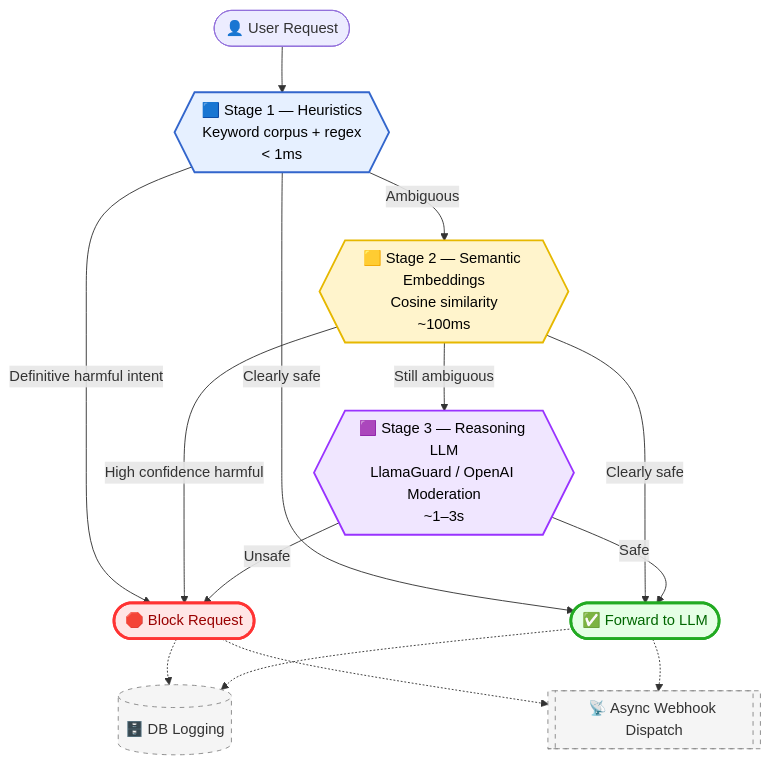
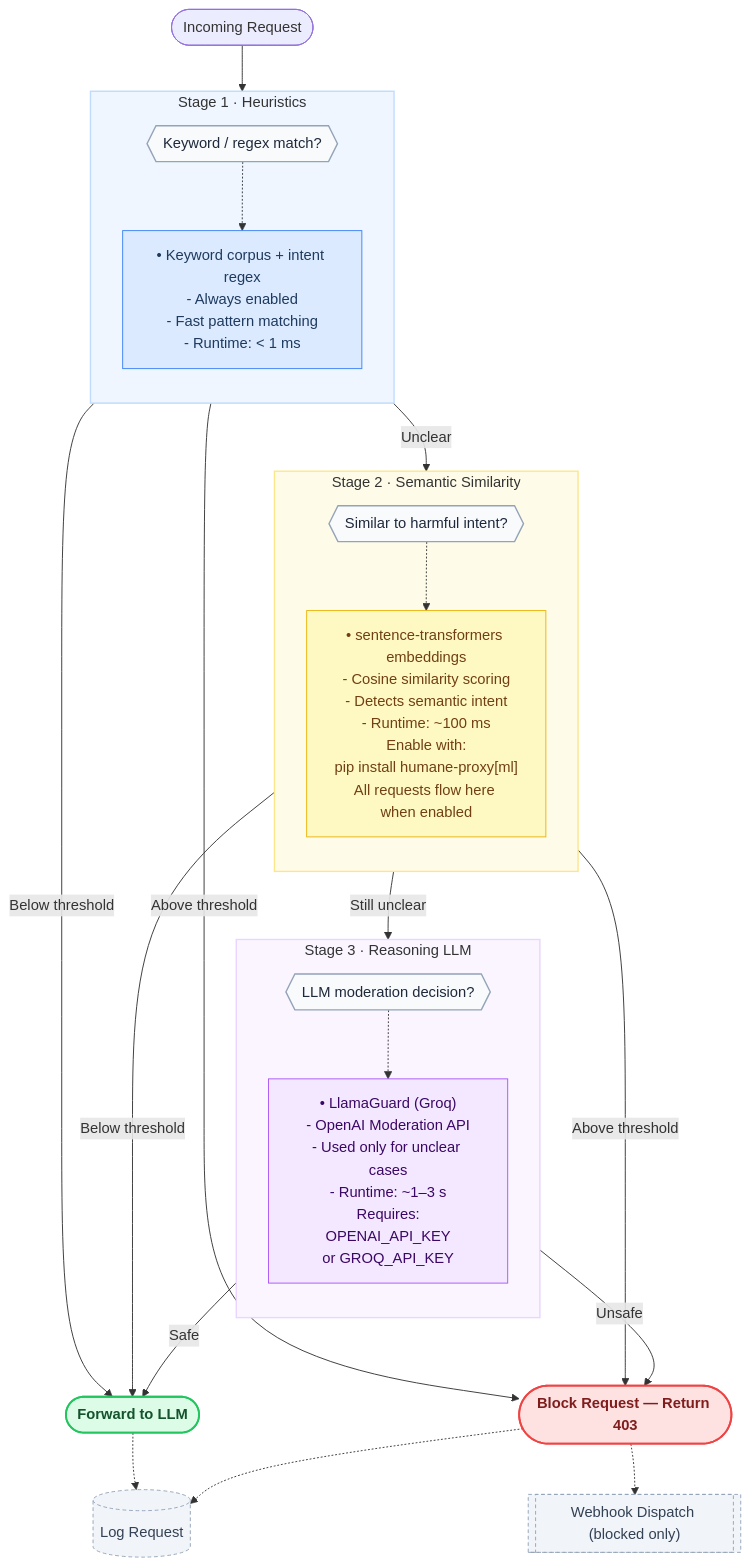
Before and after one commit to Vishisht16/Humane-Proxy: the second of 2 diagrams in README.md, drawn with Mermaid. The commit also changed other lines of this file, not shown here.

Commit message:
add Mermaid .js request flow architecture diagram

````diff
--- a/README.md
+++ b/README.md
@@ -130,43 +144,80 @@
 ```mermaid
 flowchart TD
-    A([👤 User Request])
-
-    A --> B{{🟦 Stage 1 — Heuristics<br/>Keyword corpus + regex<br/>< 1ms}}
-
-    B -->|Definitive harmful intent| X([🛑 Block Request])
-    B -->|Clearly safe| Y([✅ Forward to LLM])
-    B -->|Ambiguous| C{{🟨 Stage 2 — Semantic Embeddings<br/>Cosine similarity<br/>~100ms}}
-
-    C -->|High confidence harmful| X
-    C -->|Clearly safe| Y
-    C -->|Still ambiguous| D{{🟪 Stage 3 — Reasoning LLM<br/>LlamaGuard / OpenAI Moderation<br/>~1–3s}}
-
-    D -->|Unsafe| X
-    D -->|Safe| Y
-
-    %% Async Side Effects
-    X -.-> E[(🗄️ DB Logging)]
-    Y -.-> E
-
-    X -.-> F[[📡 Async Webhook Dispatch]]
-    Y -.-> F
-
-    %% Styles
-    classDef stage1 fill:#e6f0ff,stroke:#3366cc,stroke-width:2px,color:#000;
-    classDef stage2 fill:#fff4cc,stroke:#e6b800,stroke-width:2px,color:#000;
-    classDef stage3 fill:#f0e6ff,stroke:#9933ff,stroke-width:2px,color:#000;
-
-    classDef block fill:#ffe5e5,stroke:#ff3333,stroke-width:3px,color:#900;
-    classDef allow fill:#e5ffe5,stroke:#22aa22,stroke-width:3px,color:#060;
-
-    classDef async fill:#f5f5f5,stroke:#888,stroke-dasharray:5 5;
-
-    class B stage1;
-    class C stage2;
-    class D stage3;
-
-    class X block;
-    class Y allow;
-
-    class E,F async;
+    %% ── Entry ─────────────────────────────
+    IN([Incoming Request])
+    %% ── Stage 1 ───────────────────────────
+    subgraph S1["Stage 1 · Heuristics"]
+        direction TB
+        S1_Q{{Keyword / regex match?}}
+        S1_N["• Keyword corpus + intent regex
+- Always enabled
+- Fast pattern matching
+- Runtime: &lt; 1 ms"]
+    end
+    %% ── Stage 2 ───────────────────────────
+    subgraph S2["Stage 2 · Semantic Similarity"]
+        direction TB
+        S2_Q{{Similar to harmful intent?}}
+        S2_N["• sentence-transformers embeddings
+- Cosine similarity scoring
+- Detects semantic intent
+- Runtime: ~100 ms
+Enable with:
+pip install humane-proxy[ml]
+All requests flow here when enabled"]
+    end
+    %% ── Stage 3 ───────────────────────────
+    subgraph S3["Stage 3 · Reasoning LLM"]
+        direction TB
+        S3_Q{{LLM moderation decision?}}
+        S3_N["• LlamaGuard (Groq)
+- OpenAI Moderation API
+- Used only for unclear cases
+- Runtime: ~1–3 s
+Requires:
+OPENAI_API_KEY
+or GROQ_API_KEY"]
+    end
+    %% ── Outcomes ──────────────────────────
+    BLOCK([Block Request — Return 403])
+    ALLOW([Forward to LLM])
+    %% ── Side Effects ──────────────────────
+    DB[("Log Request")]
+    WH[["Webhook Dispatch (blocked only)"]]
+    %% ── Main Flow ─────────────────────────
+    IN --> S1_Q
+    S1_Q -- "Above threshold" --> BLOCK
+    S1_Q -- "Below threshold" --> ALLOW
+    S1_Q -- "Unclear" --> S2_Q
+    S2_Q -- "Above threshold" --> BLOCK
+    S2_Q -- "Below threshold" --> ALLOW
+    S2_Q -- "Still unclear" --> S3_Q
+    S3_Q -- "Unsafe" --> BLOCK
+    S3_Q -- "Safe" --> ALLOW
+    %% ── Notes ─────────────────────────────
+    S1_Q -.-> S1_N
+    S2_Q -.-> S2_N
+    S3_Q -.-> S3_N
+    %% ── Async Actions ─────────────────────
+    BLOCK -.-> DB
+    ALLOW -.-> DB
+    BLOCK -.-> WH
+    %% ── Styles ────────────────────────────
+    classDef decision fill:#f8fafc,stroke:#94a3b8,stroke-width:1.5px,color:#1e293b;
+    classDef stage1note fill:#dbeafe,stroke:#3b82f6,color:#1e3a5f;
+    classDef stage2note fill:#fef9c3,stroke:#eab308,color:#713f12;
+    classDef stage3note fill:#f3e8ff,stroke:#a855f7,color:#3b0764;
+    classDef block fill:#fee2e2,stroke:#ef4444,stroke-width:2px,color:#7f1d1d,font-weight:bold;
+    classDef allow fill:#dcfce7,stroke:#22c55e,stroke-width:2px,color:#14532d,font-weight:bold;
+    classDef async fill:#f1f5f9,stroke:#94a3b8,stroke-dasharray:4 3,color:#334155;
+    class S1_Q,S2_Q,S3_Q decision;
+    class S1_N stage1note;
+    class S2_N stage2note;
+    class S3_N stage3note;
+    class BLOCK block;
+    class ALLOW allow;
+    class DB,WH async;
+    style S1 fill:#eff6ff,stroke:#bfdbfe,stroke-width:1.5px;
+    style S2 fill:#fefce8,stroke:#fde68a,stroke-width:1.5px;
+    style S3 fill:#faf5ff,stroke:#e9d5ff,stroke-width:1.5px;
 ```
````
